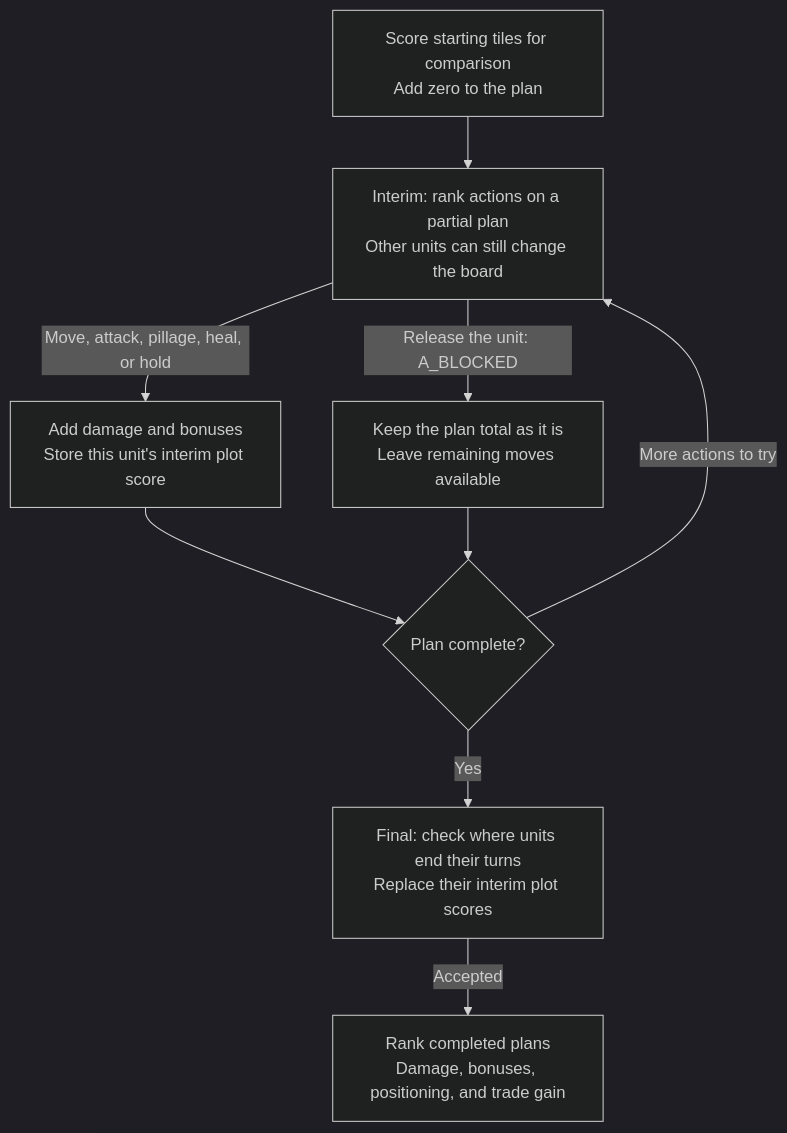
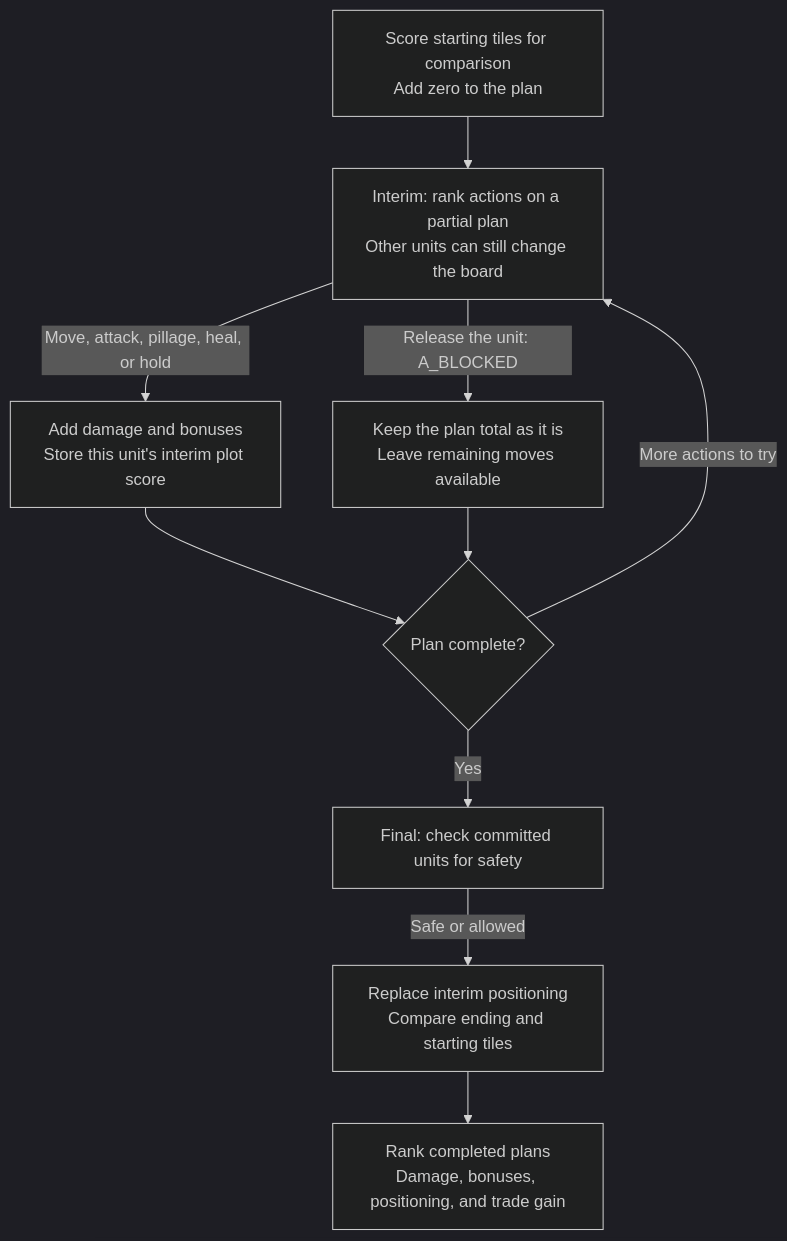
The first of 2 diagrams in docs/developers/civ5-dll/unit-ai/simulation/scoring.md (vox-deorum/vox-deorum), drawn with Mermaid (dark theme) before and after one commit. The commit also changed other lines of this file and 2 other files, not shown here.

````diff
--- a/docs/developers/civ5-dll/unit-ai/simulation/scoring.md
+++ b/docs/developers/civ5-dll/unit-ai/simulation/scoring.md
@@ -5,11 +5,12 @@
 ```mermaid
 flowchart TD
     START["Score starting tiles for comparison<br/>Add zero to the plan"] --> TRY["Interim: rank actions on a partial plan<br/>Other units can still change the board"]
     TRY -->|"Move, attack, pillage, heal, or hold"| SCORE["Add damage and bonuses<br/>Store this unit's interim plot score"]
     TRY -->|"Release the unit: A_BLOCKED"| KEEP["Keep the plan total as it is<br/>Leave remaining moves available"]
     SCORE --> NEXT{"Plan complete?"}
     KEEP --> NEXT
     NEXT -->|"More actions to try"| TRY
-    NEXT -->|"Yes"| CHECK["Final: check where units end their turns<br/>Replace their interim plot scores"]
-    CHECK -->|"Accepted"| RANK["Rank completed plans<br/>Damage, bonuses, positioning, and trade gain"]
+    NEXT -->|"Yes"| CHECK["Final: check committed units for safety"]
+    CHECK -->|"Safe or allowed"| PLACE["Replace interim positioning<br/>Compare ending and starting tiles"]
+    PLACE --> RANK["Rank completed plans<br/>Damage, bonuses, positioning, and trade gain"]
 ```
````
